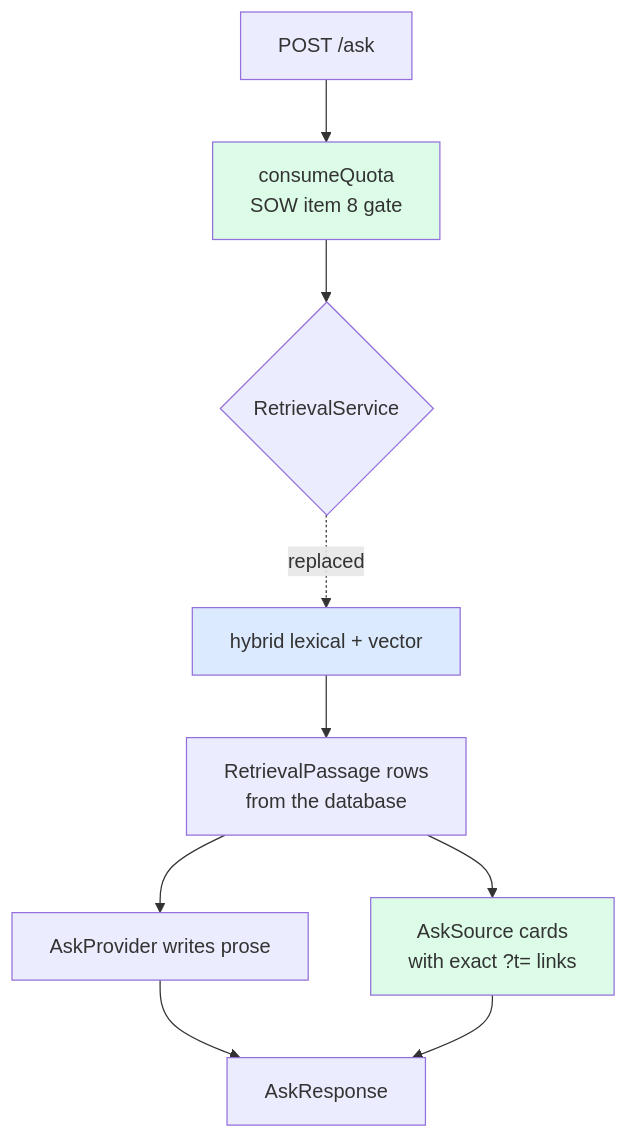
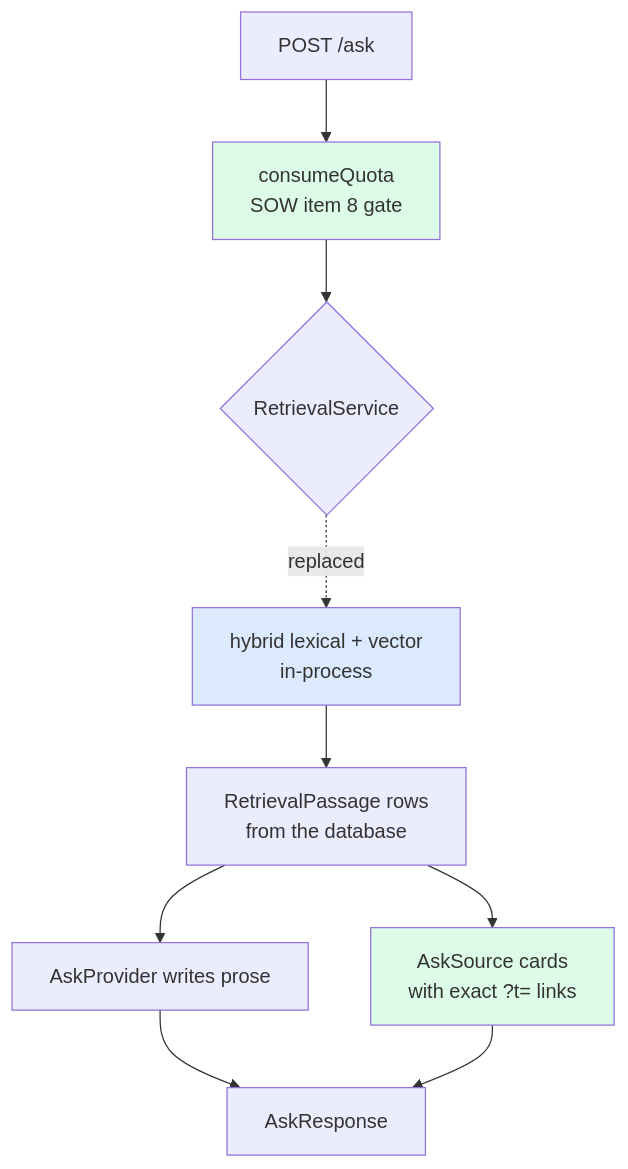
One commit to silasneo/Influentialminds changed the diagram in docs/specs/semantic-retrieval.md. Above: the diagram before and after it, drawn with Mermaid. The commit also changed other lines of this file, not shown here.

````diff
--- a/docs/specs/semantic-retrieval.md
+++ b/docs/specs/semantic-retrieval.md
@@ -39,14 +40,14 @@
 ```mermaid
 flowchart TD
   Q[POST /ask] --> G[consumeQuota<br/>SOW item 8 gate]
   G --> R{RetrievalService}
-  R -.->|replaced| R2[hybrid lexical + vector]
+  R -.->|replaced| R2[hybrid lexical + vector<br/>in-process]
   R2 --> P[RetrievalPassage rows<br/>from the database]
   P --> A[AskProvider writes prose]
   P --> S[AskSource cards<br/>with exact ?t= links]
   A --> O[AskResponse]
   S --> O
   style G fill:#dcfce7
   style S fill:#dcfce7
   style R2 fill:#dbeafe
 ```
````
